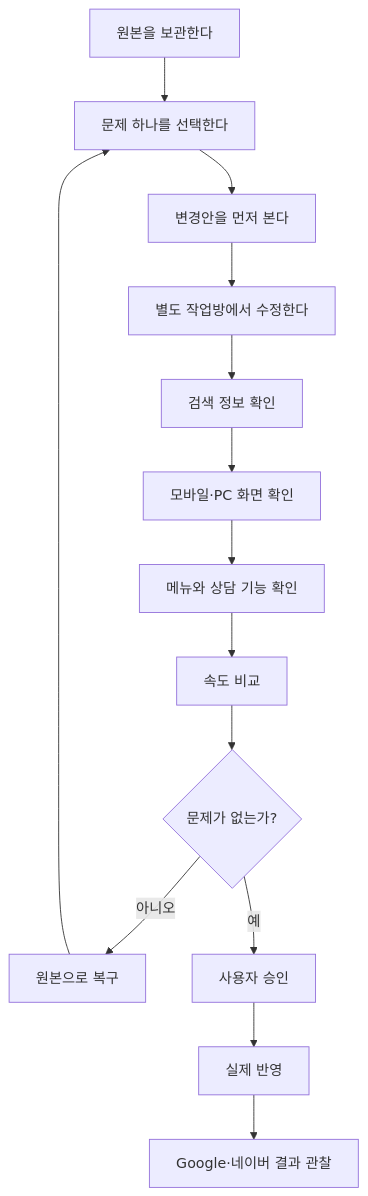
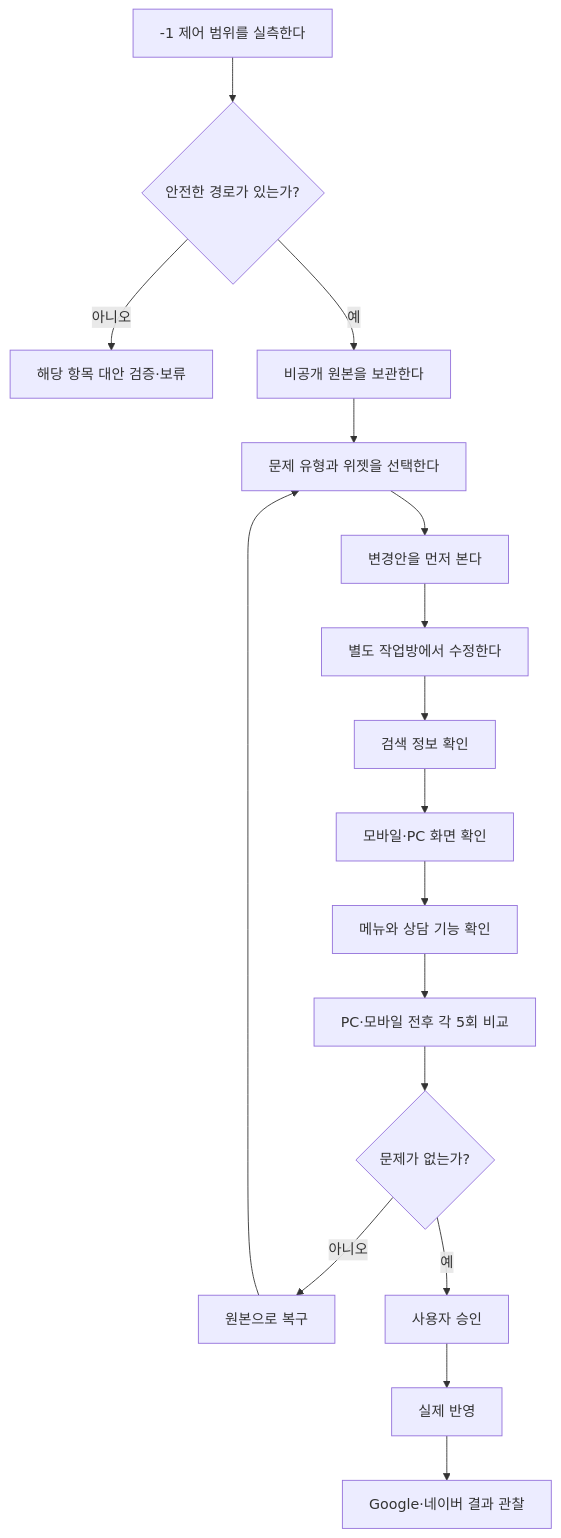
Before and after one commit to byeonghoyoo/beautyblossom-seo-aeo: the third of 4 diagrams in docs/PROJECT-MAP.md, drawn with Mermaid. The commit also changed other lines of this file and 15 other files, not shown here.

````diff
--- a/docs/PROJECT-MAP.md
+++ b/docs/PROJECT-MAP.md
@@ -32,16 +32,19 @@
 ```mermaid
 flowchart TD
-    A[원본을 보관한다] --> B[문제 하나를 선택한다]
+    P[-1 제어 범위를 실측한다] --> Q{안전한 경로가 있는가?}
+    Q -- 아니오 --> R[해당 항목 대안 검증·보류]
+    Q -- 예 --> A[비공개 원본을 보관한다]
+    A --> B[문제 유형과 위젯을 선택한다]
     B --> C[변경안을 먼저 본다]
     C --> D[별도 작업방에서 수정한다]
     D --> E[검색 정보 확인]
     E --> F[모바일·PC 화면 확인]
     F --> G[메뉴와 상담 기능 확인]
-    G --> H[속도 비교]
+    G --> H[PC·모바일 전후 각 5회 비교]
     H --> I{문제가 없는가?}
     I -- 아니오 --> J[원본으로 복구]
     J --> B
     I -- 예 --> K[사용자 승인]
     K --> L[실제 반영]
     L --> M[Google·네이버 결과 관찰]
 ```
````
